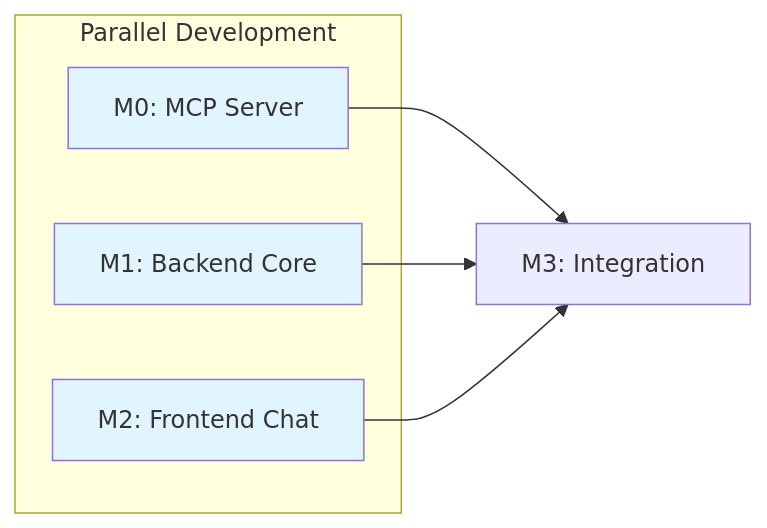
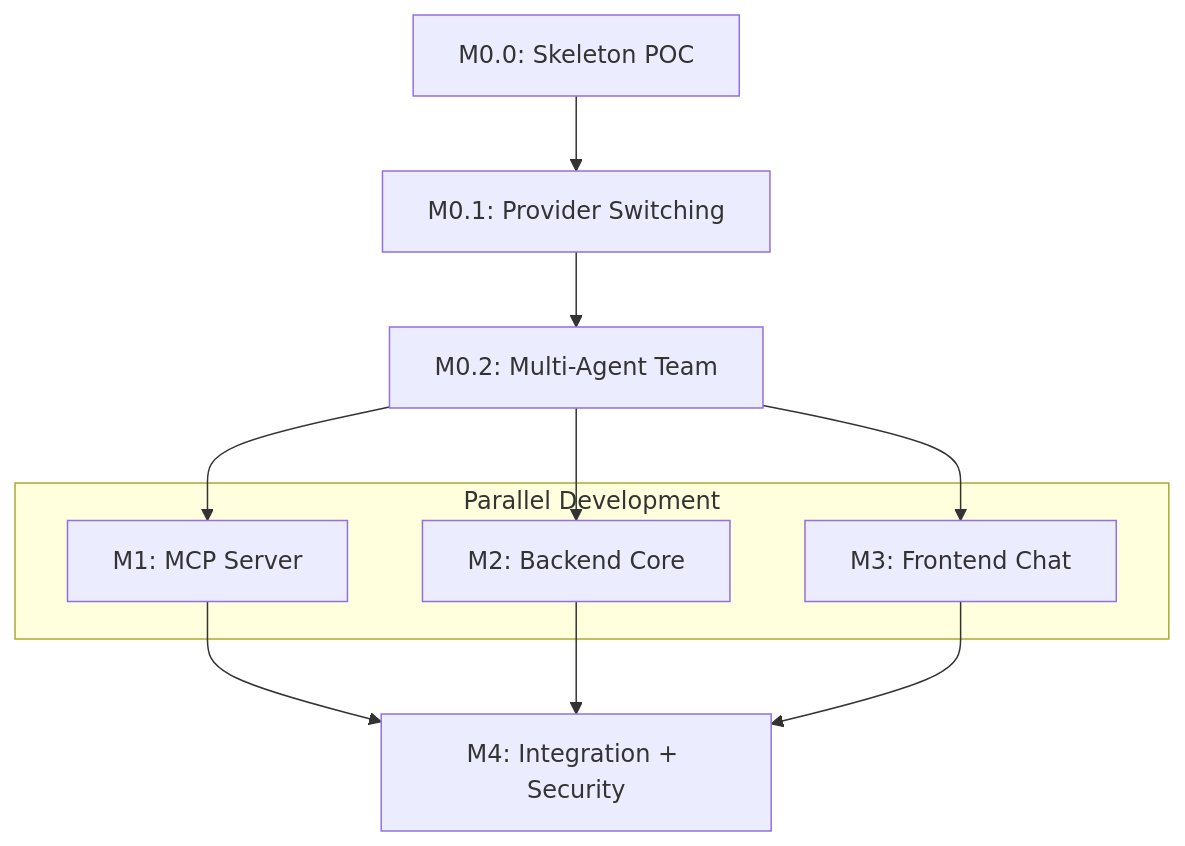
The diagram in specs/OGC-070-catalyst-assistant/tasks.md (DIGI-UW/OpenELIS-Global-2), drawn with Mermaid before and after one commit. The commit also changed other lines of this file and 3 other files, not shown here.

````diff
--- a/specs/OGC-070-catalyst-assistant/tasks.md
+++ b/specs/OGC-070-catalyst-assistant/tasks.md
@@ -28,16 +367,17 @@
 ```mermaid
-graph LR
-    M0[M0: MCP Server] --> M3[M3: Integration]
-    M1[M1: Backend Core] --> M3
-    M2[M2: Frontend Chat] --> M3
+graph TD
+    M00["M0.0: Skeleton POC"] --> M01["M0.1: Provider Switching"]
+    M01 --> M02["M0.2: Multi-Agent Team"]
+    M02 --> M1["M1: MCP Server"]
+    M02 --> M2["M2: Backend Core"]
+    M02 --> M3["M3: Frontend Chat"]
+    M1 --> M4["M4: Integration + Security"]
+    M2 --> M4
+    M3 --> M4
 
-    style M0 fill:#e1f5fe
-    style M1 fill:#e1f5fe
-    style M2 fill:#e1f5fe
-
-    subgraph "Parallel Development"
-        M0
+    subgraph parallel ["Parallel Development"]
         M1
         M2
+        M3
     end
 ```
````
